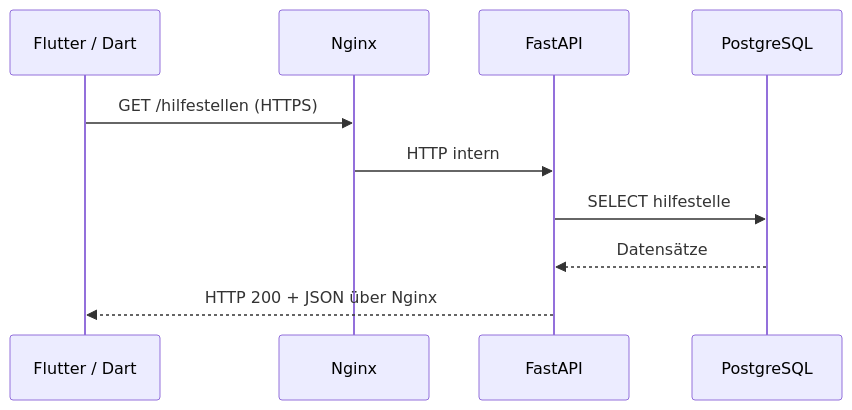
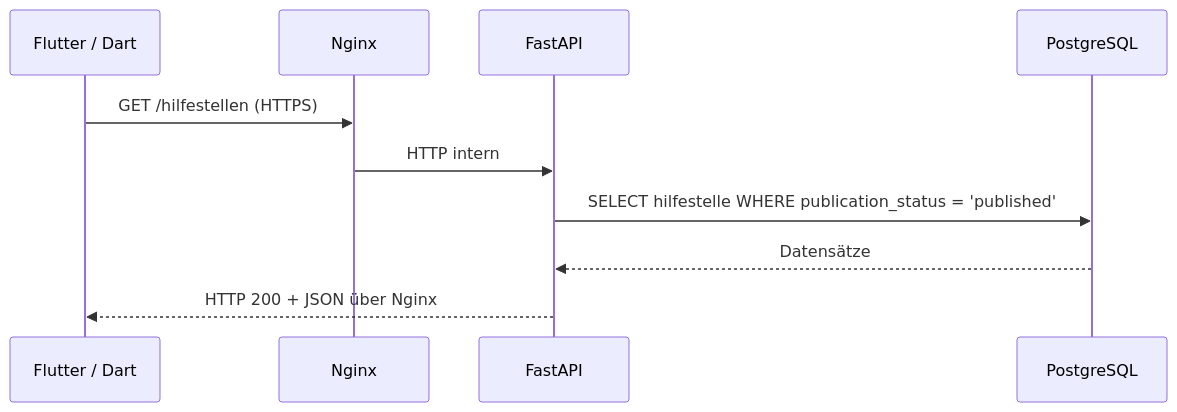
Before and after one commit to Pferdusmaximus/YANA-A-B-S: the second of 2 diagrams in docs/technik/architektur.md, drawn with Mermaid. The commit also changed other lines of this file and 24 other files, not shown here.

````diff
--- a/docs/technik/architektur.md
+++ b/docs/technik/architektur.md
@@ -52,12 +52,12 @@
 ```mermaid
 sequenceDiagram
     participant F as Flutter / Dart
     participant N as Nginx
     participant A as FastAPI
     participant D as PostgreSQL
     F->>N: GET /hilfestellen (HTTPS)
     N->>A: HTTP intern
-    A->>D: SELECT hilfestelle
+    A->>D: SELECT hilfestelle WHERE publication_status = 'published'
     D-->>A: Datensätze
     A-->>F: HTTP 200 + JSON über Nginx
 ```
````
